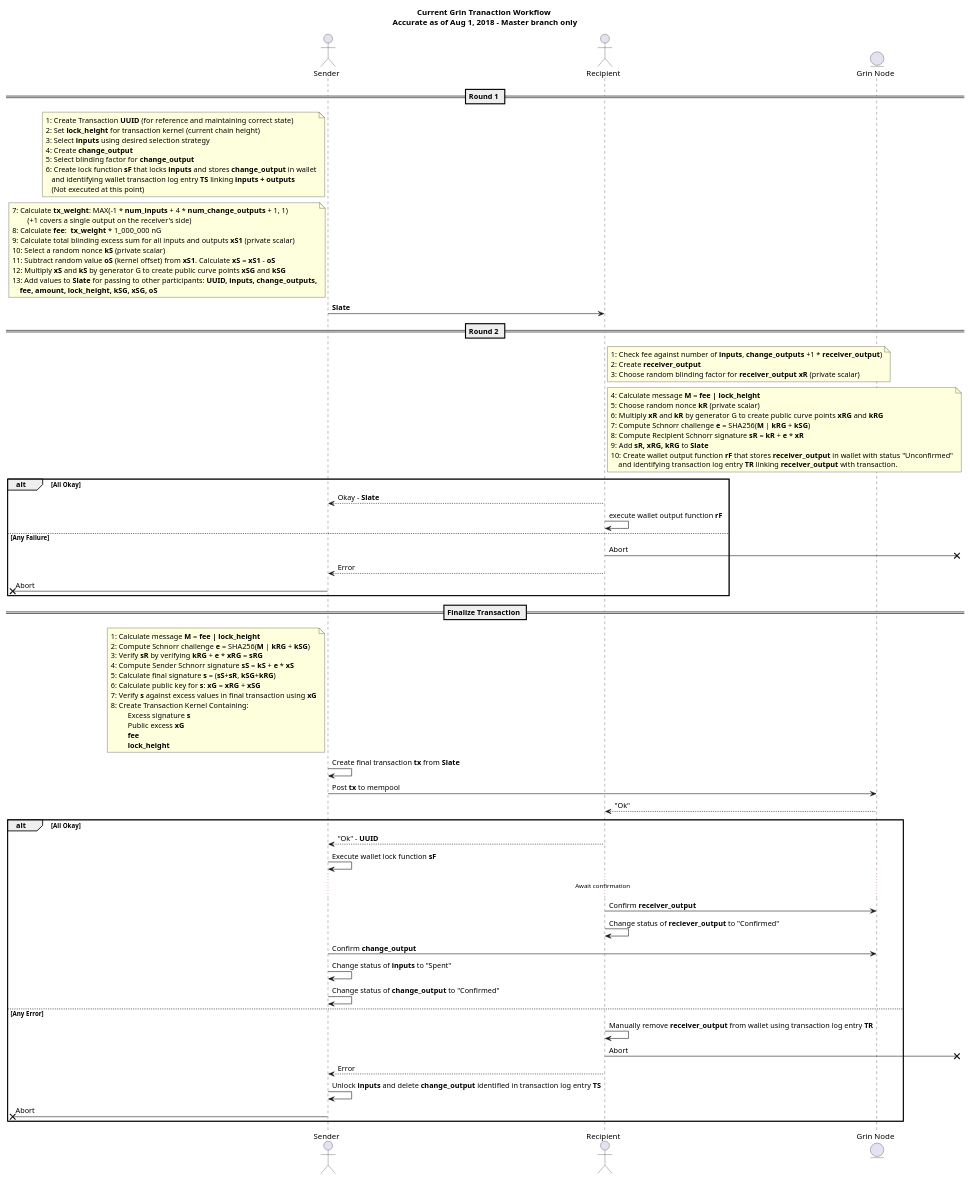
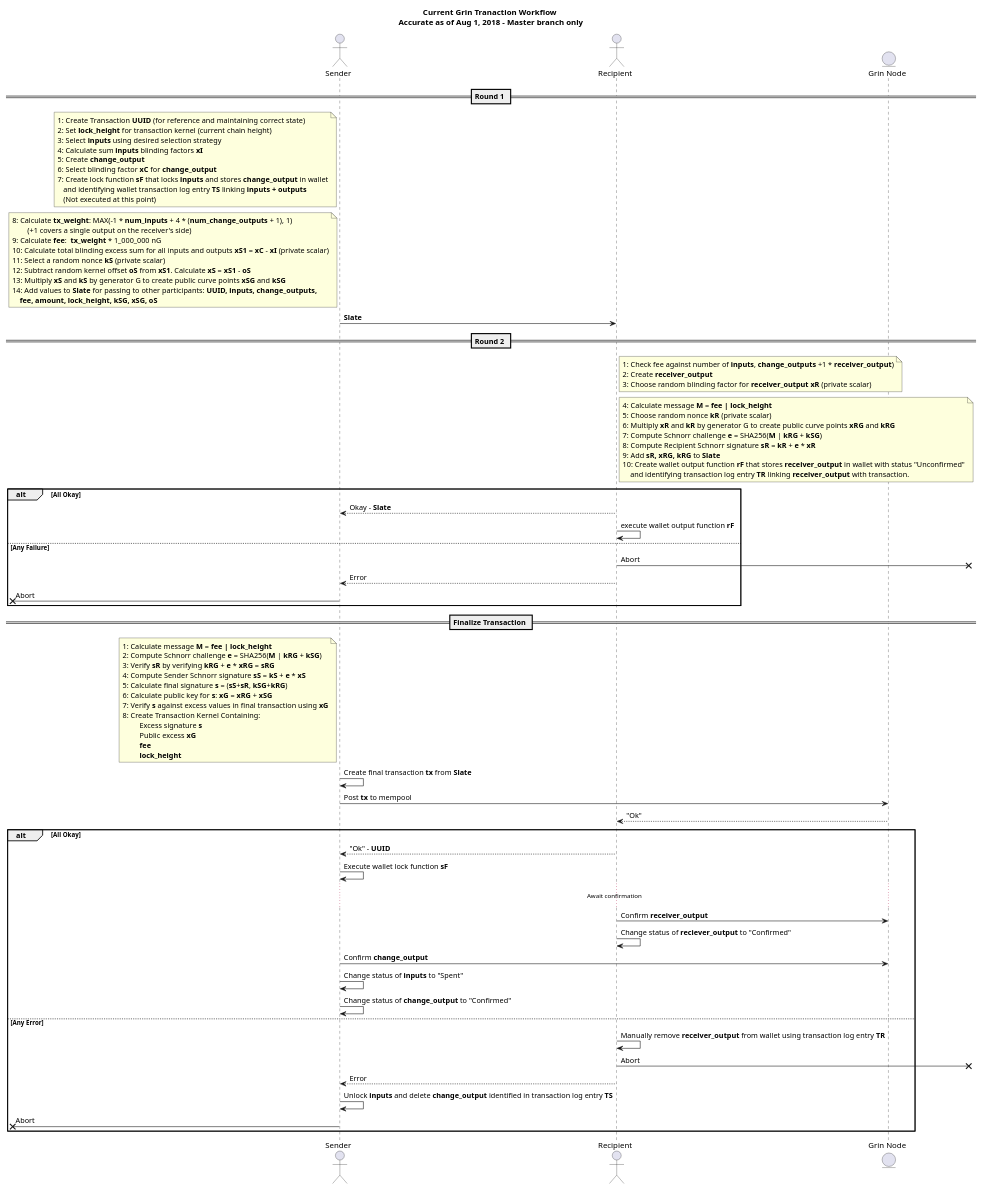
The diagram in doc/wallet/transaction/basic-transaction-wf.puml (mimblewimble/grin), drawn with PlantUML before and after one commit. The commit also changed 1 other file, not shown here.

```diff
--- a/doc/wallet/transaction/basic-transaction-wf.puml
+++ b/doc/wallet/transaction/basic-transaction-wf.puml
@@ -1,96 +1,97 @@
 @startuml grin-transaction
 
 title 
 **Current Grin Tranaction Workflow** 
 Accurate as of Aug 1, 2018 - Master branch only
 end title
 
 actor "Sender" as sender
 actor "Recipient" as recipient
 entity "Grin Node" as grin_node
 
 == Round 1 ==
 
 note left of sender
 	1: Create Transaction **UUID** (for reference and maintaining correct state)
 	2: Set **lock_height** for transaction kernel (current chain height)
 	3: Select **inputs** using desired selection strategy
-	4: Create **change_output** 
-	5: Select blinding factor for **change_output**
-	6: Create lock function **sF** that locks **inputs** and stores **change_output** in wallet
+	4: Calculate sum **inputs** blinding factors **xI**
+	5: Create **change_output**
+	6: Select blinding factor **xC** for **change_output**
+	7: Create lock function **sF** that locks **inputs** and stores **change_output** in wallet
 	   and identifying wallet transaction log entry **TS** linking **inputs + outputs**
 	   (Not executed at this point)
 end note
 note left of sender
-	7: Calculate **tx_weight**: MAX(-1 * **num_inputs** + 4 * **num_change_outputs** + 1, 1)
+	8: Calculate **tx_weight**: MAX(-1 * **num_inputs** + 4 * (**num_change_outputs** + 1), 1)
 		(+1 covers a single output on the receiver's side)
-	8: Calculate **fee**:  **tx_weight** * 1_000_000 nG
-	9: Calculate total blinding excess sum for all inputs and outputs **xS1** (private scalar)
-	10: Select a random nonce **kS** (private scalar)
-	11: Subtract random value **oS** (kernel offset) from **xS1**. Calculate **xS** = **xS1** - **oS**
-	12: Multiply **xS** and **kS** by generator G to create public curve points **xSG** and **kSG**
-	13: Add values to **Slate** for passing to other participants: **UUID, inputs, change_outputs,**
+	9: Calculate **fee**:  **tx_weight** * 1_000_000 nG
+	10: Calculate total blinding excess sum for all inputs and outputs **xS1** = **xC** - **xI** (private scalar)
+	11: Select a random nonce **kS** (private scalar)
+	12: Subtract random kernel offset **oS** from **xS1**. Calculate **xS** = **xS1** - **oS**
+	13: Multiply **xS** and **kS** by generator G to create public curve points **xSG** and **kSG**
+	14: Add values to **Slate** for passing to other participants: **UUID, inputs, change_outputs,**
 	    **fee, amount, lock_height, kSG, xSG, oS**
 end note
 sender -> recipient: **Slate**
 == Round 2 ==
 note right of recipient
 	1: Check fee against number of **inputs**, **change_outputs** +1 * **receiver_output**)
 	2: Create **receiver_output**
 	3: Choose random blinding factor for **receiver_output** **xR** (private scalar)
 end note
 note right of recipient
 	4: Calculate message **M** = **fee | lock_height **
 	5: Choose random nonce **kR** (private scalar)
 	6: Multiply **xR** and **kR** by generator G to create public curve points **xRG** and **kRG**
 	7: Compute Schnorr challenge **e** = SHA256(**M** | **kRG** + **kSG**)
 	8: Compute Recipient Schnorr signature **sR** = **kR** + **e** * **xR**
 	9: Add **sR, xRG, kRG** to **Slate**
 	10: Create wallet output function **rF** that stores **receiver_output** in wallet with status "Unconfirmed"
 	    and identifying transaction log entry **TR** linking **receiver_output** with transaction.
 end note
 alt All Okay
 recipient --> sender: Okay - **Slate**
 recipient -> recipient: execute wallet output function **rF**
 else Any Failure
 recipient ->x]: Abort
 recipient --> sender: Error
 [x<- sender: Abort
 end
 == Finalize Transaction ==
 note left of sender
 	1: Calculate message **M** = **fee | lock_height **
 	2: Compute Schnorr challenge **e** = SHA256(**M** | **kRG** + **kSG**)
 	3: Verify **sR** by verifying **kRG** + **e** * **xRG** = **sRG**
 	4: Compute Sender Schnorr signature **sS** = **kS** + **e** * **xS**
 	5: Calculate final signature **s** = (**sS**+**sR**, **kSG**+**kRG**)
 	6: Calculate public key for **s**: **xG** = **xRG** + **xSG**
 	7: Verify **s** against excess values in final transaction using **xG**
 	8: Create Transaction Kernel Containing:
 		 Excess signature **s**
 		 Public excess **xG**
 		 **fee**
 		 **lock_height**
 end note
 sender -> sender: Create final transaction **tx** from **Slate**
 sender -> grin_node: Post **tx** to mempool
 grin_node --> recipient: "Ok"
 alt All Okay
 recipient --> sender: "Ok" - **UUID**
 sender -> sender: Execute wallet lock function **sF**
 ...Await confirmation...
 recipient -> grin_node: Confirm **receiver_output**
 recipient -> recipient: Change status of **reciever_output** to "Confirmed"
 sender -> grin_node: Confirm **change_output**
 sender -> sender: Change status of **inputs** to "Spent"
 sender -> sender: Change status of **change_output** to "Confirmed"
 else Any Error
 recipient -> recipient: Manually remove **receiver_output** from wallet using transaction log entry **TR**
 recipient ->x]: Abort
 recipient --> sender: Error
 sender -> sender: Unlock **inputs** and delete **change_output** identified in transaction log entry **TS**
 [x<- sender: Abort
 end
 
 
 @enduml
```
